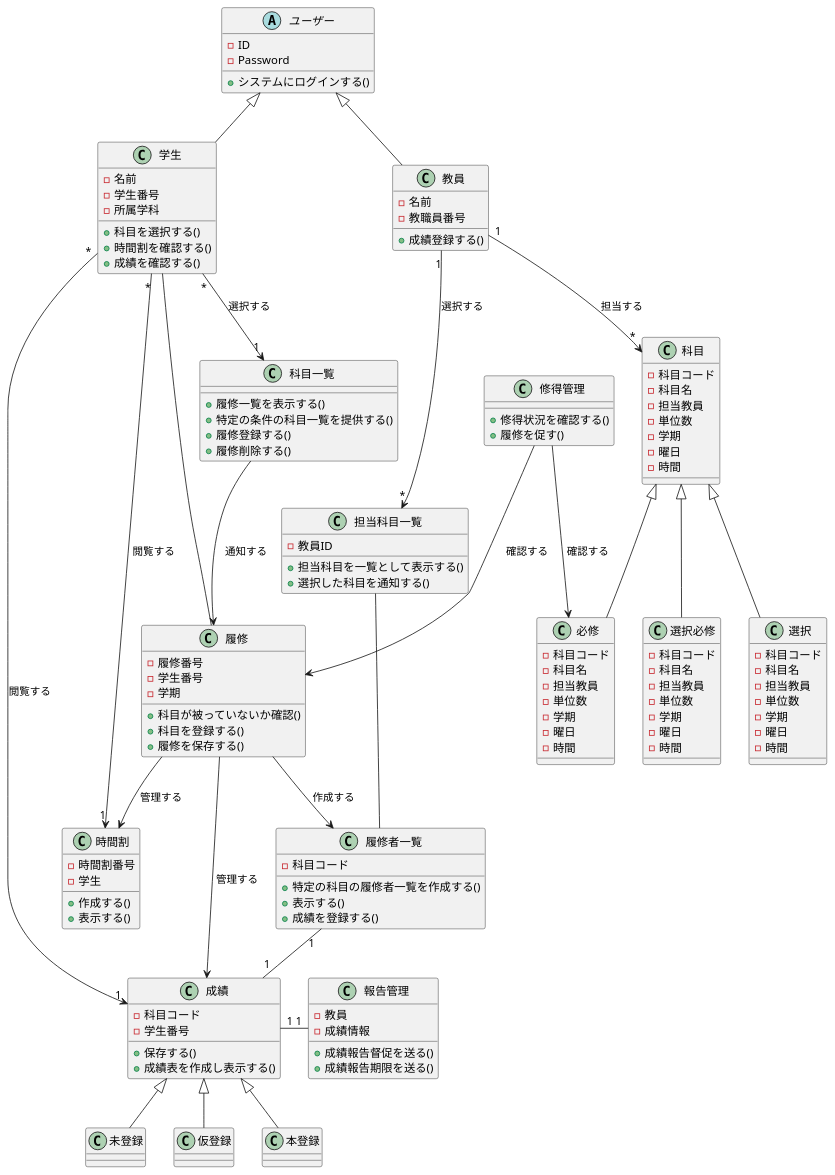
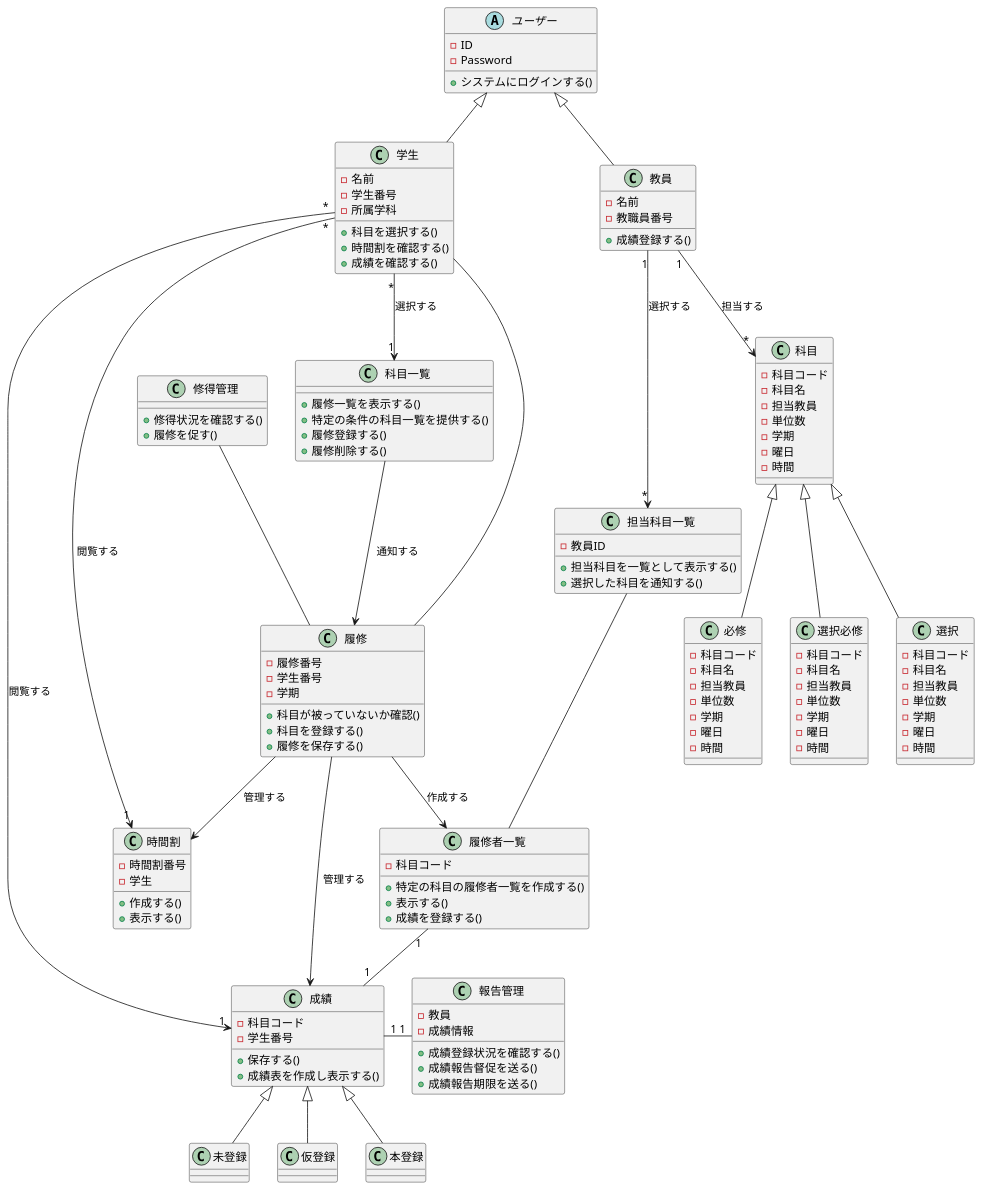
Before and after one commit to tanusai646/software-desine: the diagram in uml/15/class1.puml, drawn with PlantUML.

Commit message:
かなり

```diff
--- a/uml/15/class1.puml
+++ b/uml/15/class1.puml
@@ -1,179 +1,180 @@
 @startuml クラス図1
 '分析段階のクラス図'
 
 
 'クラス'
 abstract ユーザー{
     - ID
     - Password
     + システムにログインする()
 }
 
 '学生クラスは学生の名前や学生番号が属性として保存されている．
 '科目の選択や時間割を確認等の動作を行う
 class 学生{
     - 名前
     - 学生番号
     - 所属学科
     + 科目を選択する()
     + 時間割を確認する()
     + 成績を確認する()
 }
 
 '教員クラスは教員毎にオブジェクトが作成される
 class 教員{
     - 名前
     - 教職員番号
     + 成績登録する()
 }
 
 '履修クラスはある学生がどの科目を履修しているかを表すクラスである．学生毎に作成されることを想定している
 'このクラスで成績表や時間割が作成されることを想定している．
 '成績クラスを参照し，成績も一緒に保存することを想定する
 class 履修{
     - 履修番号
     - 学生番号
     - 学期
     + 科目が被っていないか確認()
     + 科目を登録する()
     + 履修を保存する()
 }
 
 '科目一覧クラスは科目クラスを参照し特定(曜日や時間)で合致する科目を一覧と表示や選択された科目を通知するクラスである．
 class 科目一覧{
     + 履修一覧を表示する()
     + 特定の条件の科目一覧を提供する()
     + 履修登録する()
     + 履修削除する()
 }
 
 '担当科目一覧は教員が担当している科目を一覧として表示するために使用するクラスである．
 class 担当科目一覧{
     - 教員ID
     + 担当科目を一覧として表示する()
     + 選択した科目を通知する()
 }
 
 class 履修者一覧{
     - 科目コード
     + 特定の科目の履修者一覧を作成する()
     + 表示する()
     + 成績を登録する()
 }
 
 '科目クラスには科目コード毎に作成される
 '学期，曜日，時間等の情報が属性として保存されている．
 '所属学科によって科目の分類が異なるので関連クラスとして定義されている
 class 科目{
     - 科目コード
     - 科目名
     - 担当教員
     - 単位数
     - 学期
     - 曜日
     - 時間
 }
 
 class 必修{
     - 科目コード
     - 科目名
     - 担当教員
     - 単位数
     - 学期
     - 曜日
     - 時間
 }
 
 class 選択必修{
     - 科目コード
     - 科目名
     - 担当教員
     - 単位数
     - 学期
     - 曜日
     - 時間  
 }
 
 class 選択{
     - 科目コード
     - 科目名
     - 担当教員
     - 単位数
     - 学期
     - 曜日
     - 時間
 }
 
 class 成績{
     - 科目コード
     - 学生番号
     + 保存する()
     + 成績表を作成し表示する()
 }
 
 class 未登録{
 
 }
 
 class 仮登録{
 
 }
 
 class 本登録{
 
 }
 
 '履修クラスから作成され，学生から閲覧されることを想定している
 class 時間割{
     - 時間割番号
     - 学生
     + 作成する()
     + 表示する()
 }
 
-'科目のうち必修クラスと履修クラスのステータスを確認し，修得できていなかったら修得を促すクラス
+'履修クラスで履修状況を確認し，修得できていなかったら修得を促すクラス
 class 修得管理{
     + 修得状況を確認する()
     + 履修を促す()
 }
 
+'成績を確認し，成績が登録されていなかった場合に督促等を送るためのクラス
 class 報告管理{
     - 教員
     - 成績情報
+    + 成績登録状況を確認する()
     + 成績報告督促を送る()
     + 成績報告期限を送る()
 }
 
 
 '関係'
 ユーザー <|-down- 学生
 ユーザー <|-down- 教員
 
 教員 "1" --> "*" 科目 : 担当する
 教員 "1" --> "*" 担当科目一覧 : 選択する
 
 学生 "*" --> "1" 時間割 : 閲覧する
 学生 "*" --> "1" 科目一覧 : 選択する
 学生 -- 履修
 学生 "*" --> "1" 成績 : 閲覧する
 
 成績 "1" -right- "1" 報告管理
 履修者一覧 "1" -- "1" 成績
 担当科目一覧 -- 履修者一覧
 科目一覧 --> 履修 : 通知する
 
 履修 --> 時間割 : 管理する
 履修 --> 成績 : 管理する
 履修 --> 履修者一覧 : 作成する
 
-修得管理 --> 履修 : 確認する
-修得管理 --> 必修 : 確認する
+修得管理 -- 履修
 
 科目 <|-- 必修
 科目 <|-- 選択必修
 科目 <|-- 選択
 
 成績 <|-- 未登録
 成績 <|-- 仮登録
 成績 <|-- 本登録
 @enduml
```
